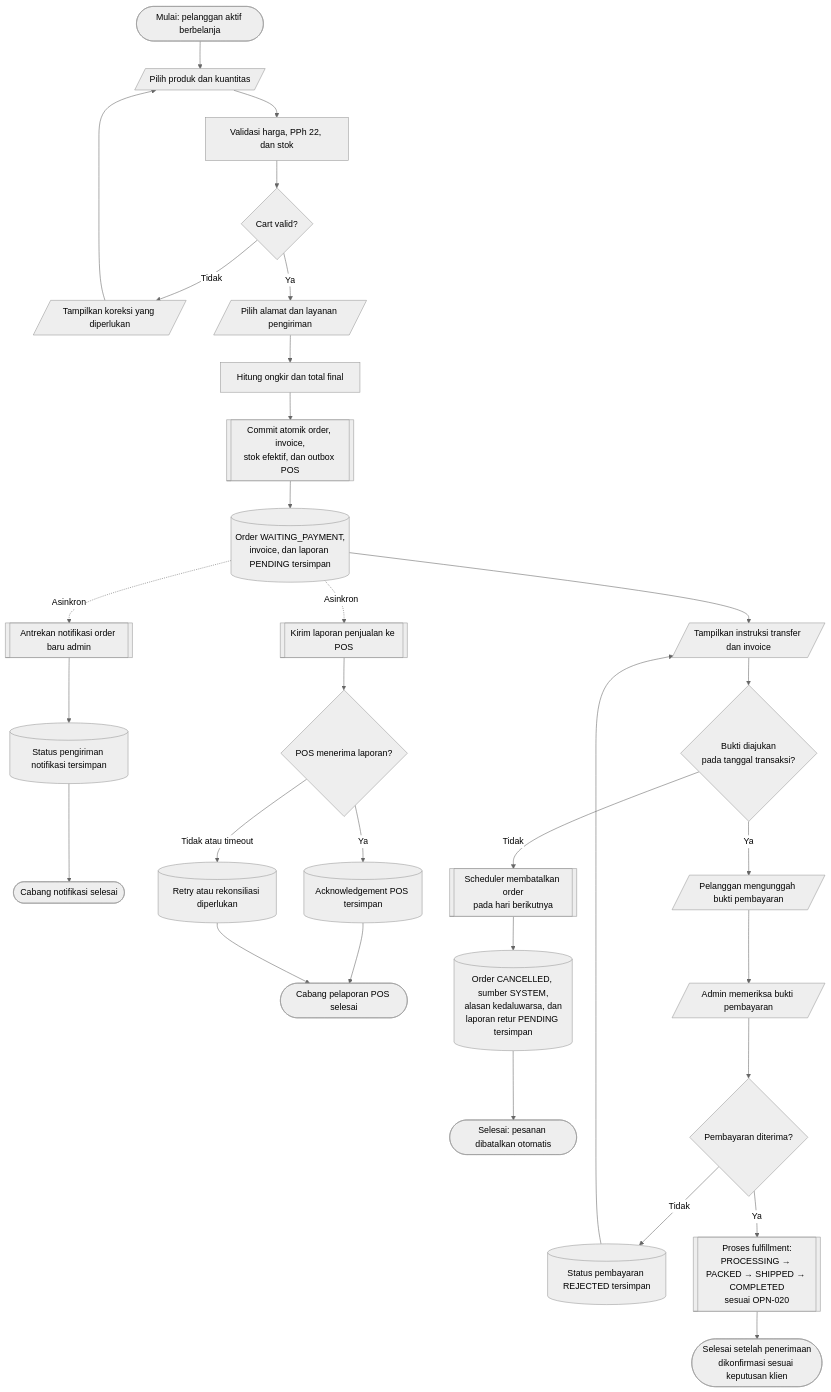
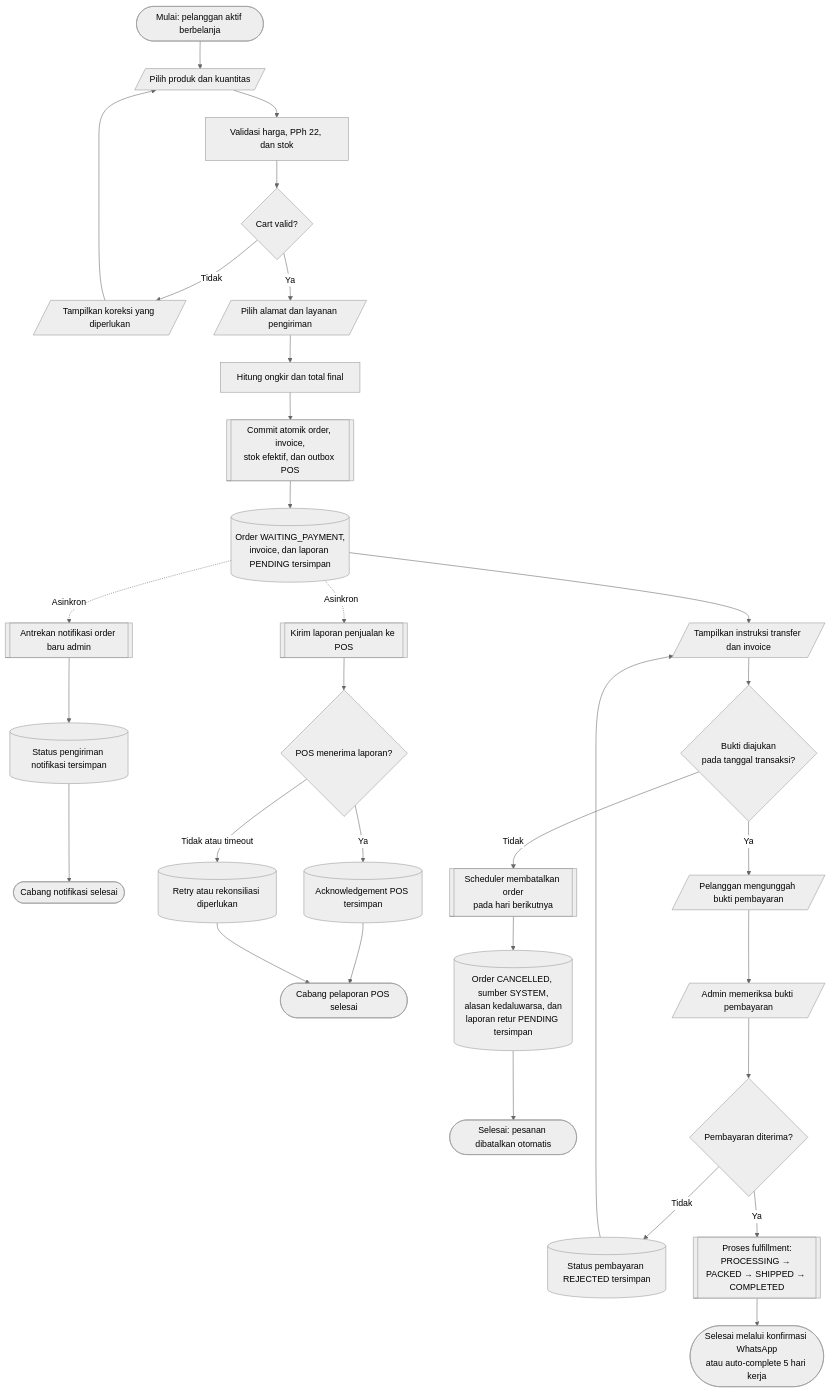
Before and after one commit to Webekspres/pixel-komunika: the third of 4 diagrams in docs/requirements/BRD.md, drawn with Mermaid (neutral theme). The commit also changed other lines of this file and 9 other files, not shown here.

````diff
--- a/docs/requirements/BRD.md
+++ b/docs/requirements/BRD.md
@@ -354,33 +370,33 @@
 ```mermaid
 flowchart TD
     A(["Mulai: pelanggan aktif berbelanja"]) --> B[/"Pilih produk dan kuantitas"/]
     B --> C["Validasi harga, PPh 22, dan stok"]
     C --> D{"Cart valid?"}
     D -->|Tidak| E[/"Tampilkan koreksi yang diperlukan"/]
     E --> B
     D -->|Ya| F[/"Pilih alamat dan layanan pengiriman"/]
     F --> G["Hitung ongkir dan total final"]
     G --> H[["Commit atomik order, invoice,<br/>stok efektif, dan outbox POS"]]
     H --> I[("Order WAITING_PAYMENT,<br/>invoice, dan laporan PENDING tersimpan")]
     I -.->|Asinkron| J[["Antrekan notifikasi order baru admin"]]
     J --> JA[("Status pengiriman notifikasi tersimpan")]
     JA --> JB(["Cabang notifikasi selesai"])
     I -.->|Asinkron| K[["Kirim laporan penjualan ke POS"]]
     K --> L{"POS menerima laporan?"}
     L -->|Ya| M[("Acknowledgement POS tersimpan")]
     L -->|Tidak atau timeout| N[("Retry atau rekonsiliasi diperlukan")]
     M --> KA(["Cabang pelaporan POS selesai"])
     N --> KA
     I --> O[/"Tampilkan instruksi transfer dan invoice"/]
     O --> P{"Bukti diajukan<br/>pada tanggal transaksi?"}
     P -->|Tidak| Q[["Scheduler membatalkan order<br/>pada hari berikutnya"]]
     Q --> R[("Order CANCELLED, sumber SYSTEM,<br/>alasan kedaluwarsa, dan<br/>laporan retur PENDING tersimpan")]
     R --> S(["Selesai: pesanan dibatalkan otomatis"])
     P -->|Ya| T[/"Pelanggan mengunggah bukti pembayaran"/]
     T --> U[/"Admin memeriksa bukti pembayaran"/]
     U --> V{"Pembayaran diterima?"}
     V -->|Tidak| W[("Status pembayaran REJECTED tersimpan")]
     W --> O
-    V -->|Ya| X[["Proses fulfillment:<br/>PROCESSING → PACKED → SHIPPED → COMPLETED<br/>sesuai OPN-020"]]
-    X --> Y(["Selesai setelah penerimaan<br/>dikonfirmasi sesuai keputusan klien"])
+    V -->|Ya| X[["Proses fulfillment:<br/>PROCESSING → PACKED → SHIPPED → COMPLETED"]]
+    X --> Y(["Selesai melalui konfirmasi WhatsApp<br/>atau auto-complete 5 hari kerja"])
 ```
````
